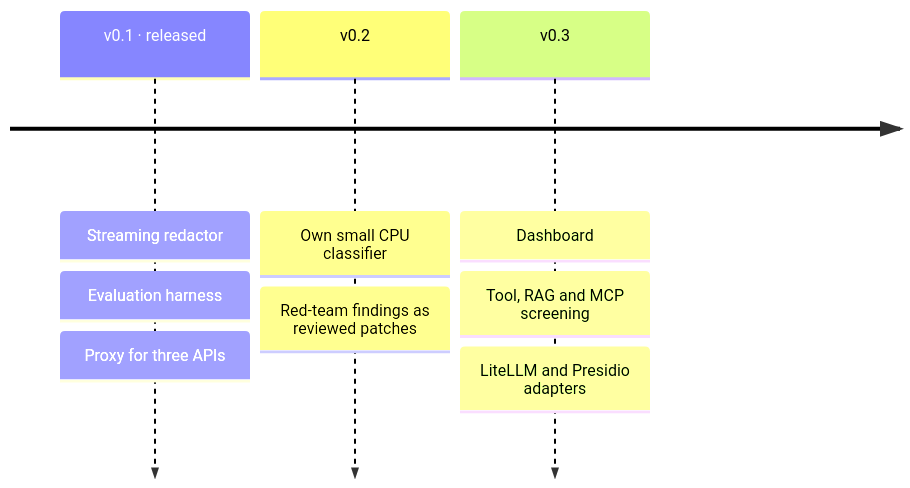
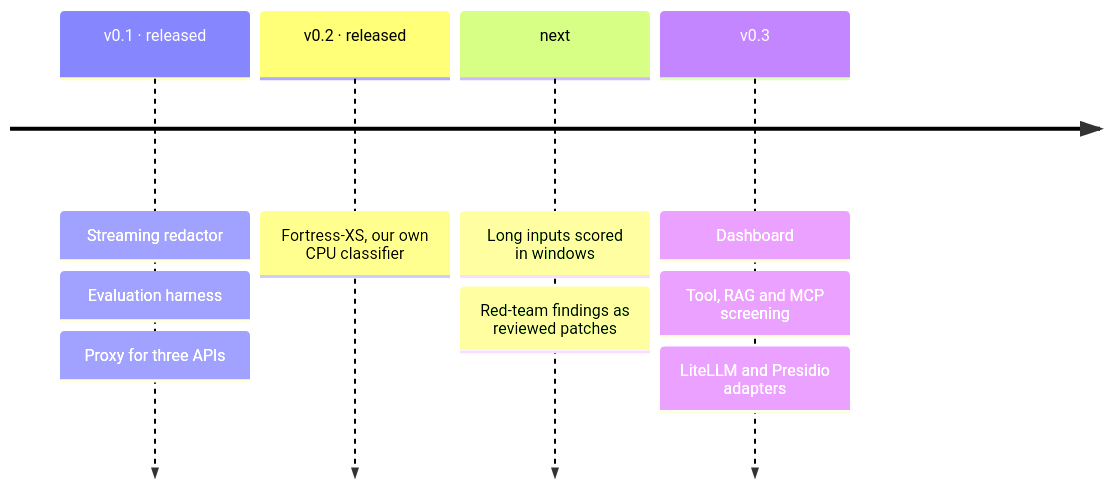
Before and after one commit to gantrly/mobius-guard: the second of 2 diagrams in README.md, drawn with Mermaid. The commit also changed other lines of this file and 73 other files, not shown here.

First line of the commit message:
Fortress-XS: Mobius Guard's own classifier, in the proxy (v0.2) (#24)

````diff
--- a/README.md
+++ b/README.md
@@ -147,6 +220,7 @@
 ```mermaid
 timeline
     v0.1 · released : Streaming redactor : Evaluation harness : Proxy for three APIs
-    v0.2 : Own small CPU classifier : Red-team findings as reviewed patches
+    v0.2 · released : Fortress-XS, our own CPU classifier
+    next : Long inputs scored in windows : Red-team findings as reviewed patches
     v0.3 : Dashboard : Tool, RAG and MCP screening : LiteLLM and Presidio adapters
 ```
````
